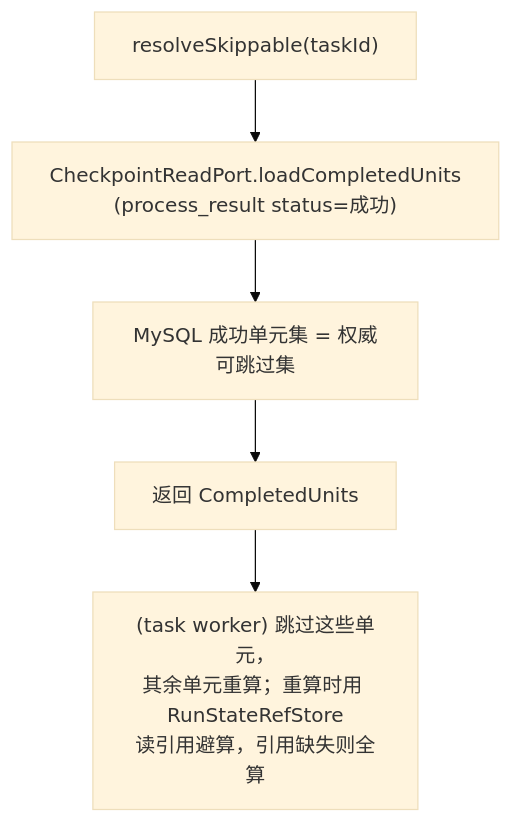
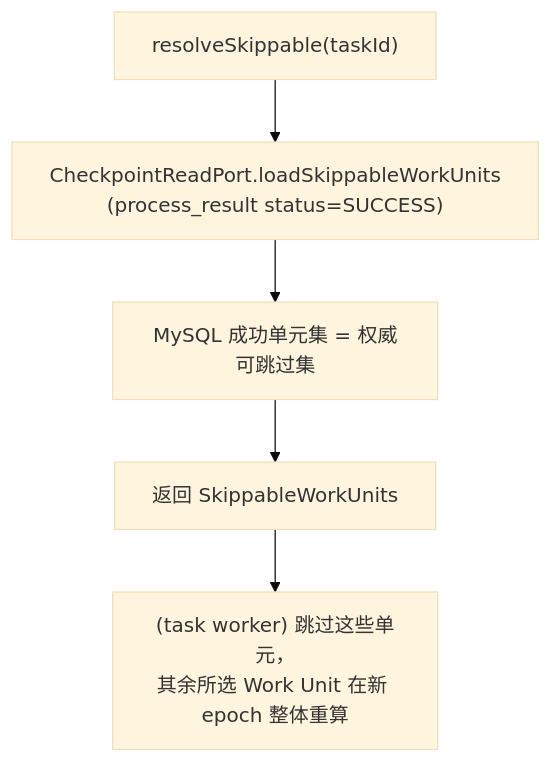
One commit to EtherealStar/PixFlow changed the first of 2 diagrams in docs/design-docs/harness/state.md. Above: the diagram before and after it, drawn with Mermaid (base theme). The commit also changed other lines of this file and 62 other files, not shown here.

Commit message:
docs: align architecture, ADRs, and execution plans

````diff
--- a/docs/design-docs/harness/state.md
+++ b/docs/design-docs/harness/state.md
@@ -323,7 +324,7 @@
 ```mermaid
 flowchart TD
-  Start["resolveSkippable(taskId)"] --> Mysql["CheckpointReadPort.loadCompletedUnits<br/>(process_result status=成功)"]
+  Start["resolveSkippable(taskId)"] --> Mysql["CheckpointReadPort.loadSkippableWorkUnits<br/>(process_result status=SUCCESS)"]
   Mysql --> Authoritative["MySQL 成功单元集 = 权威可跳过集"]
-  Authoritative --> Ret["返回 CompletedUnits"]
-  Ret --> Worker["(task worker) 跳过这些单元，<br/>其余单元重算；重算时用 RunStateRefStore<br/>读引用避算，引用缺失则全算"]
+  Authoritative --> Ret["返回 SkippableWorkUnits"]
+  Ret --> Worker["(task worker) 跳过这些单元，<br/>其余所选 Work Unit 在新 epoch 整体重算"]
 ```
````
